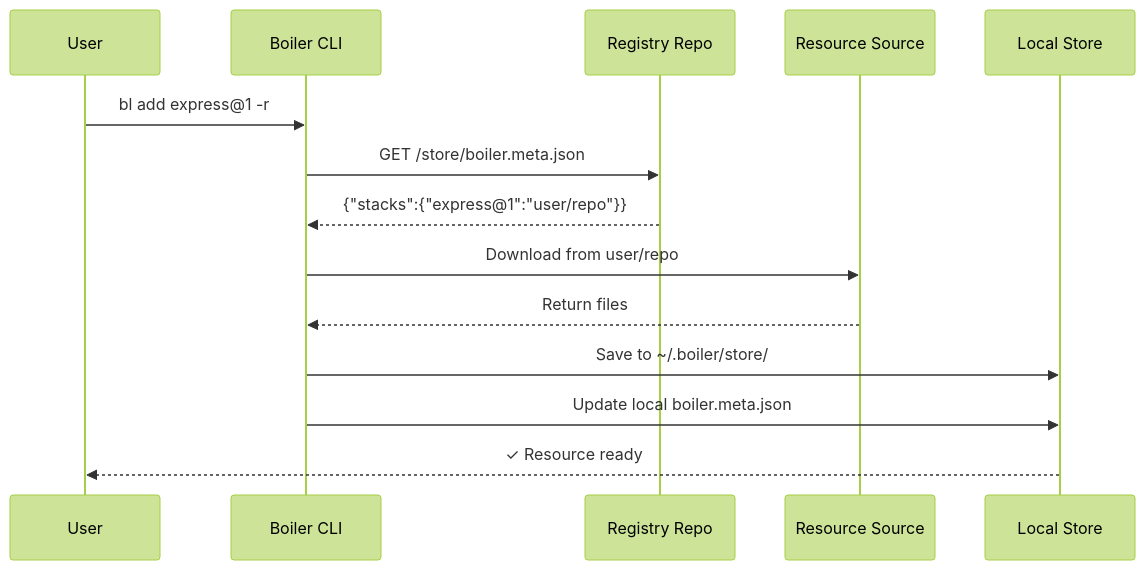
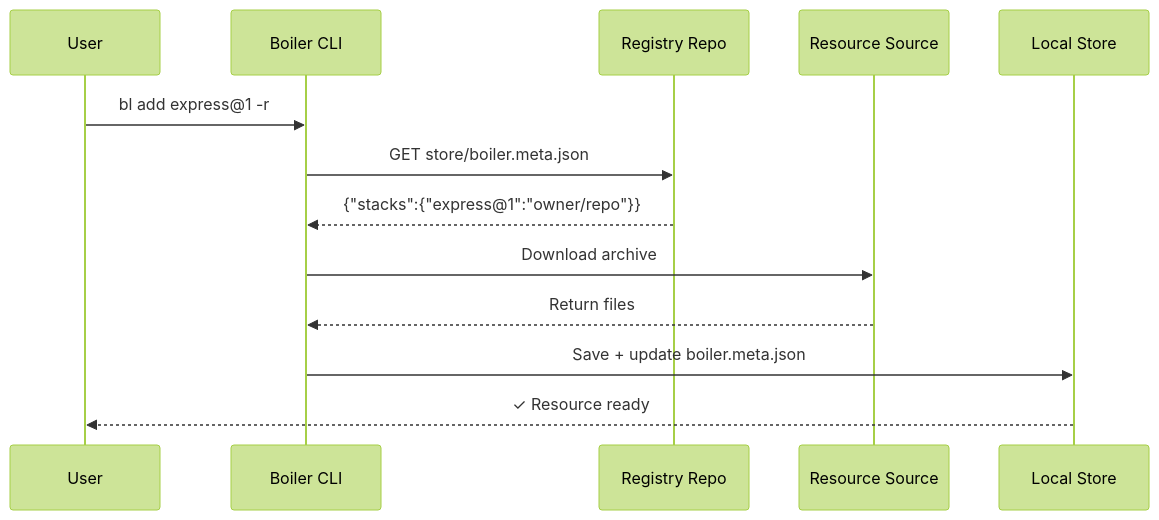
One commit to Rishiyaduwanshi/boiler changed the second of 2 diagrams in web/src/content/docs/guides/remote-fetching.mdx. Above: the diagram before and after it, drawn with Mermaid (forest theme). The commit also changed other lines of this file and 13 other files, not shown here.

````diff
--- a/web/src/content/docs/guides/remote-fetching.mdx
+++ b/web/src/content/docs/guides/remote-fetching.mdx
@@ -212,19 +161,16 @@
 ```mermaid
 sequenceDiagram
   participant User
   participant CLI as Boiler CLI
   participant Registry as Registry Repo
   participant Source as Resource Source
   participant Store as Local Store
 
   User->>CLI: bl add express@1 -r
-  CLI->>Registry: GET /store/boiler.meta.json
-  Registry-->>CLI: {"stacks":{"express@1":"user/repo"}}
-
-  CLI->>Source: Download from user/repo
+  CLI->>Registry: GET store/boiler.meta.json
+  Registry-->>CLI: {"stacks":{"express@1":"owner/repo"}}
+  CLI->>Source: Download archive
   Source-->>CLI: Return files
-
-  CLI->>Store: Save to ~/.boiler/store/
-  CLI->>Store: Update local boiler.meta.json
+  CLI->>Store: Save + update boiler.meta.json
   Store-->>User: ✓ Resource ready
 ```
````
